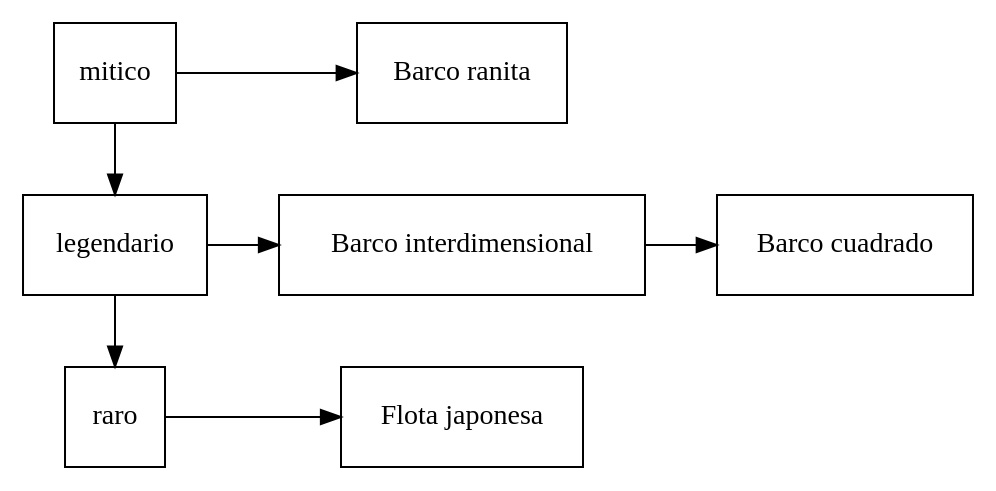
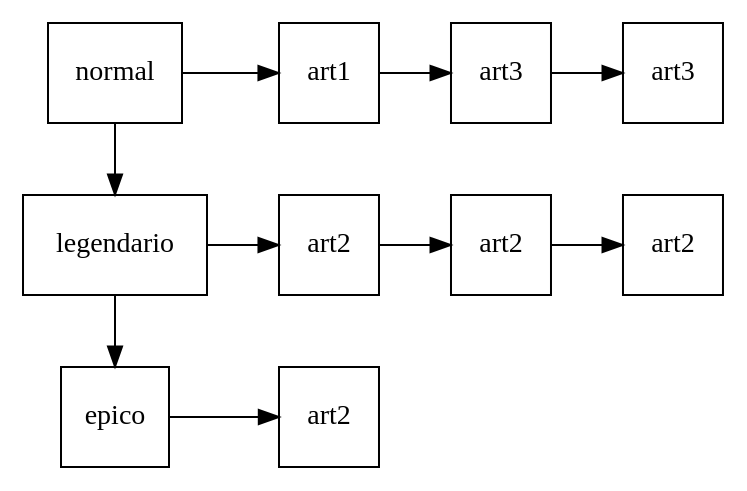
The diagram in Fase_1/Reportes/ListaCategoria.dot (davidjr01/-EDD_2S-BatallaNaval_-201801106), drawn with Graphviz before and after one commit. The commit also changed 18 other files, not shown here.

```diff
--- a/Fase_1/Reportes/ListaCategoria.dot
+++ b/Fase_1/Reportes/ListaCategoria.dot
@@ -1,24 +1,27 @@
 digraph G {
 node[shape = box,width=0.7,height=0.7,fillcolor="white" color="black"  ]
 graph [ nodesep="0.5"]
 rankdir=LR;
-Nodo1[label="mitico"]
-Nodo2[label="legendario"]
-Nodo3[label="raro"]
+NodoSA1[label="normal"]
+NodoSA2[label="legendario"]
+NodoSA3[label="epico"]
 
 {rank = same;
-Nodo1->Nodo2->Nodo3
+NodoSA1->NodoSA2->NodoSA3
 }
  edge[dir="forward"]; 
 
-Nodos11[label="Barco ranita"]
-Nodo1->Nodos11
+Nodos11[label="art1"]
+Nodos12[label="art3"]
+Nodos13[label="art3"]
+NodoSA1->Nodos11->Nodos12->Nodos13
 
-Nodos21[label="Barco interdimensional"]
-Nodos22[label="Barco cuadrado"]
-Nodo2->Nodos21->Nodos22
+Nodos21[label="art2"]
+Nodos22[label="art2"]
+Nodos23[label="art2"]
+NodoSA2->Nodos21->Nodos22->Nodos23
 
-Nodos31[label="Flota japonesa"]
-Nodo3->Nodos31
+Nodos31[label="art2"]
+NodoSA3->Nodos31
 
 }
```
